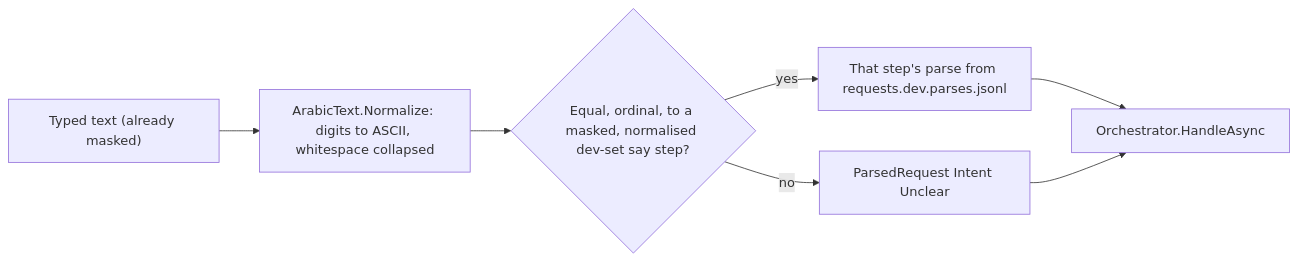
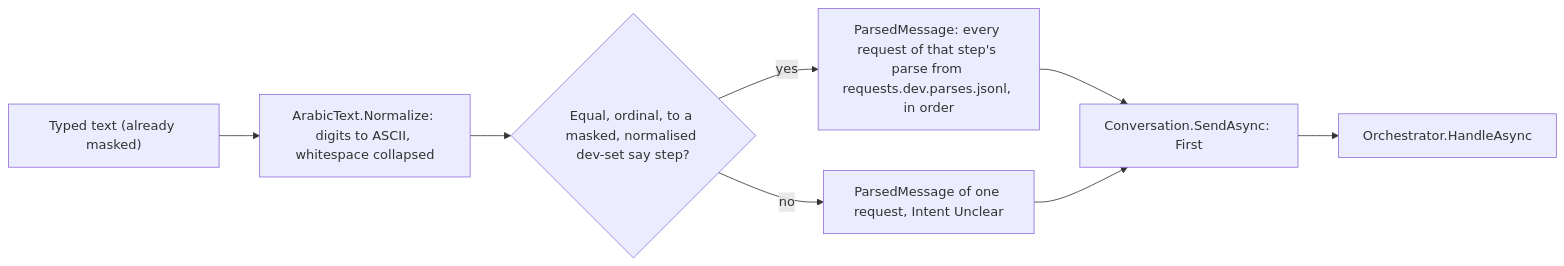
Before and after one commit to Khalil-Alhadidi/Naqoli: the first of 21 diagrams in docs/agent-core.md, drawn with Mermaid. The commit also changed other lines of this file and 19 other files, not shown here.

Commit message:
feat(core): the parse call returns every request of a message (ParsedMessage; the validator checks the whole list, D7), the conversation still runs the first until the queue lands

````diff
--- a/docs/agent-core.md
+++ b/docs/agent-core.md
@@ -81,9 +81,10 @@
 ```mermaid
 flowchart LR
     typed["Typed text (already masked)"] --> norm["ArabicText.Normalize: digits to ASCII, whitespace collapsed"]
     norm --> lookup{"Equal, ordinal, to a masked, normalised dev-set say step?"}
-    lookup -- yes --> req["That step's parse from requests.dev.parses.jsonl"]
-    lookup -- no --> unclear["ParsedRequest Intent Unclear"]
-    req --> orch["Orchestrator.HandleAsync"]
-    unclear --> orch
+    lookup -- yes --> req["ParsedMessage: every request of that step's parse from requests.dev.parses.jsonl, in order"]
+    lookup -- no --> unclear["ParsedMessage of one request, Intent Unclear"]
+    req --> conv["Conversation.SendAsync: First"]
+    unclear --> conv
+    conv --> orch["Orchestrator.HandleAsync"]
 ```
````
